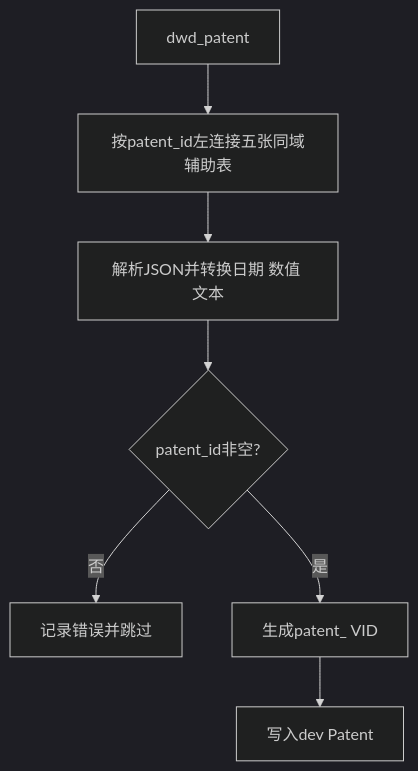
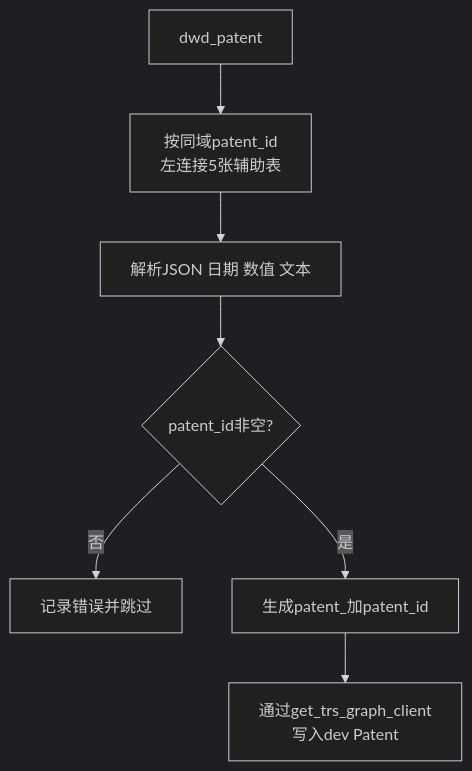
One commit to Marisolebxf/tech-kg-api changed the second of 5 diagrams in backend/schemas/specifications/patent_mapping.md. Above: the diagram before and after it, drawn with Mermaid (dark theme). The commit also changed other lines of this file and 21 other files, not shown here.

````diff
--- a/backend/schemas/specifications/patent_mapping.md
+++ b/backend/schemas/specifications/patent_mapping.md
@@ -11,9 +26,9 @@
 ```mermaid
 flowchart TD
-    A[dwd_patent] --> B[按patent_id左连接五张同域辅助表]
-    B --> C[解析JSON并转换日期 数值 文本]
+    A[dwd_patent] --> B[按同域patent_id<br/>左连接5张辅助表]
+    B --> C[解析JSON 日期 数值 文本]
     C --> D{patent_id非空?}
     D -->|否| E[记录错误并跳过]
-    D -->|是| F[生成patent_ VID]
-    F --> G[写入dev Patent]
+    D -->|是| F[生成patent_加patent_id]
+    F --> G[通过get_trs_graph_client<br/>写入dev Patent]
 ```
````
